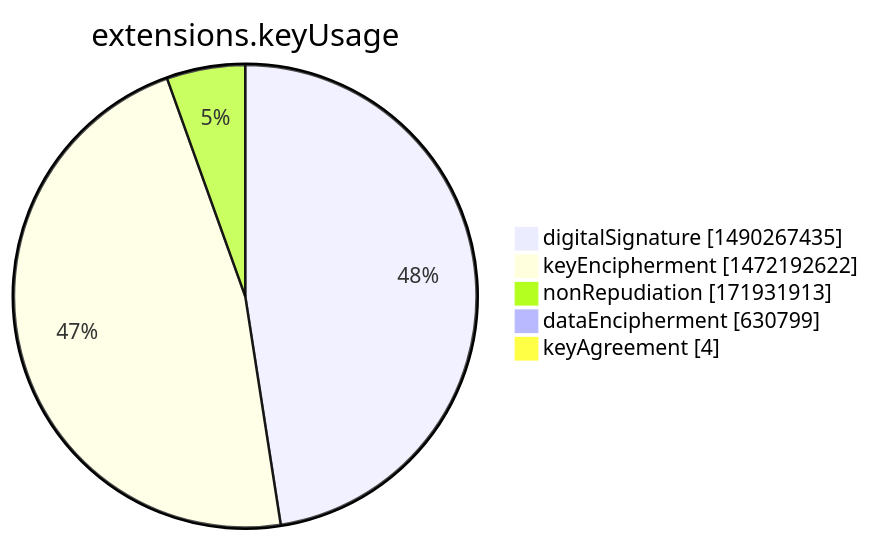
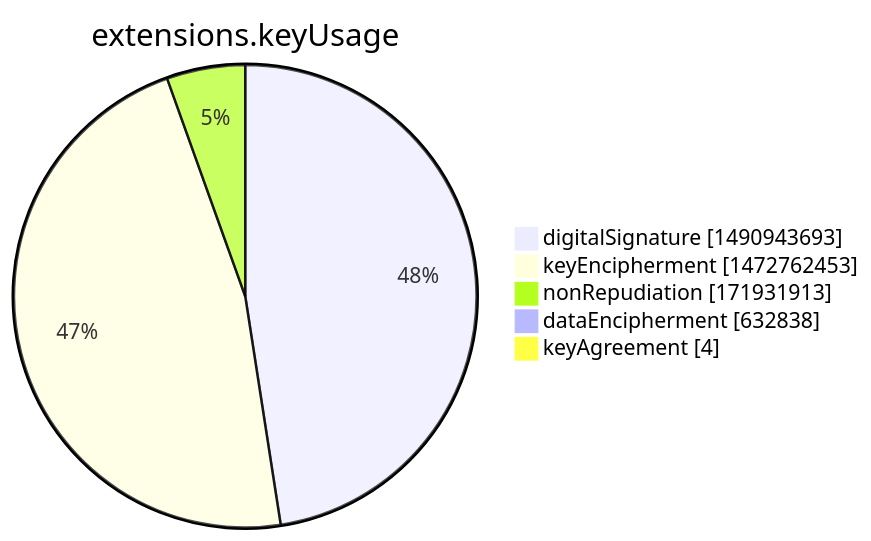
Before and after one commit to christiankrug/ctmonitor_visualization: the seventh of 15 diagrams in argon2022/README.md, drawn with Mermaid. The commit also changed other lines of this file, not shown here.

````diff
--- a/argon2022/README.md
+++ b/argon2022/README.md
@@ -2751,9 +2751,9 @@
 ```mermaid
 pie showData
 title extensions.keyUsage
-"digitalSignature" :1490267435
-"keyEncipherment" :1472192622
+"digitalSignature" :1490943693
+"keyEncipherment" :1472762453
 "nonRepudiation" :171931913
-"dataEncipherment" :630799
+"dataEncipherment" :632838
 "keyAgreement" :4
 ```
````
